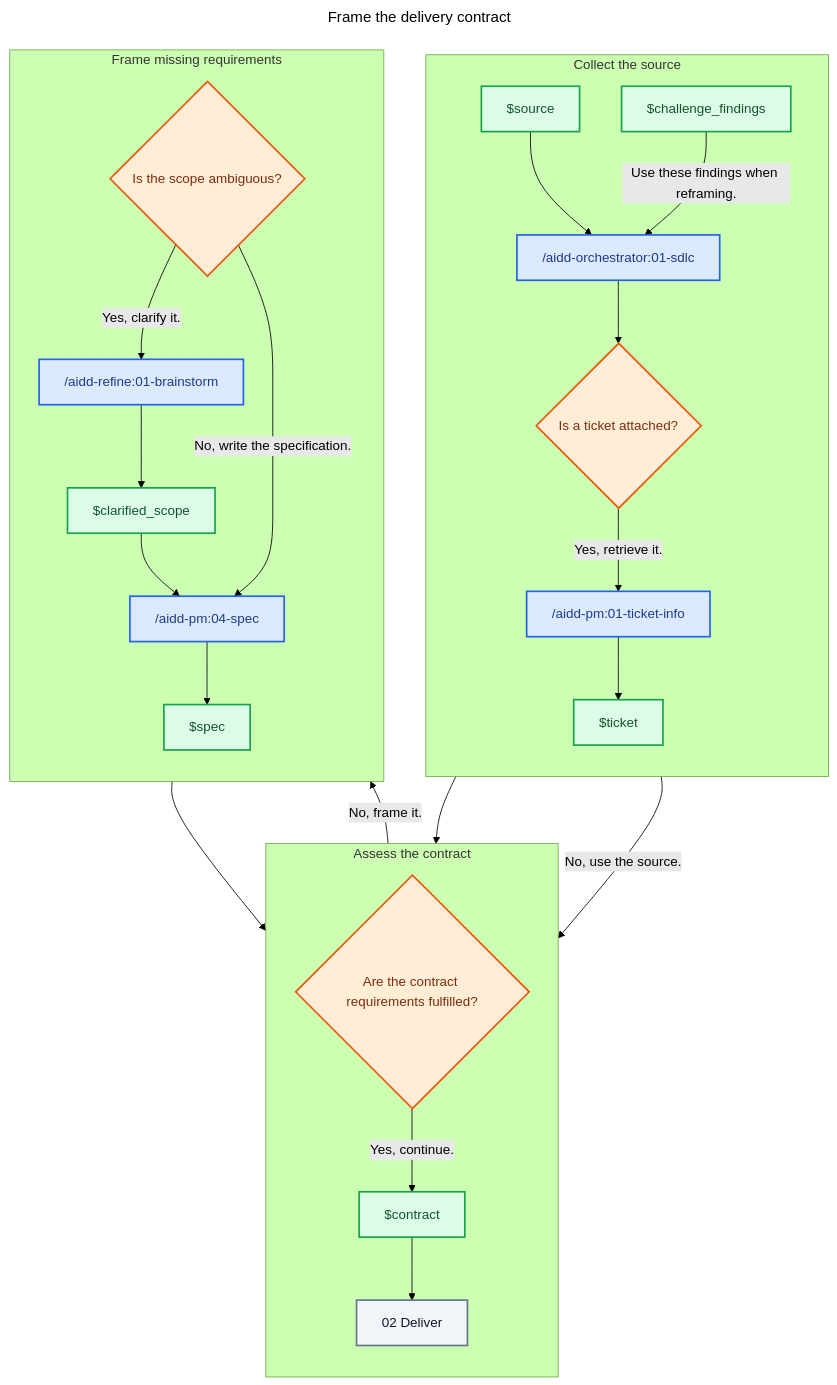
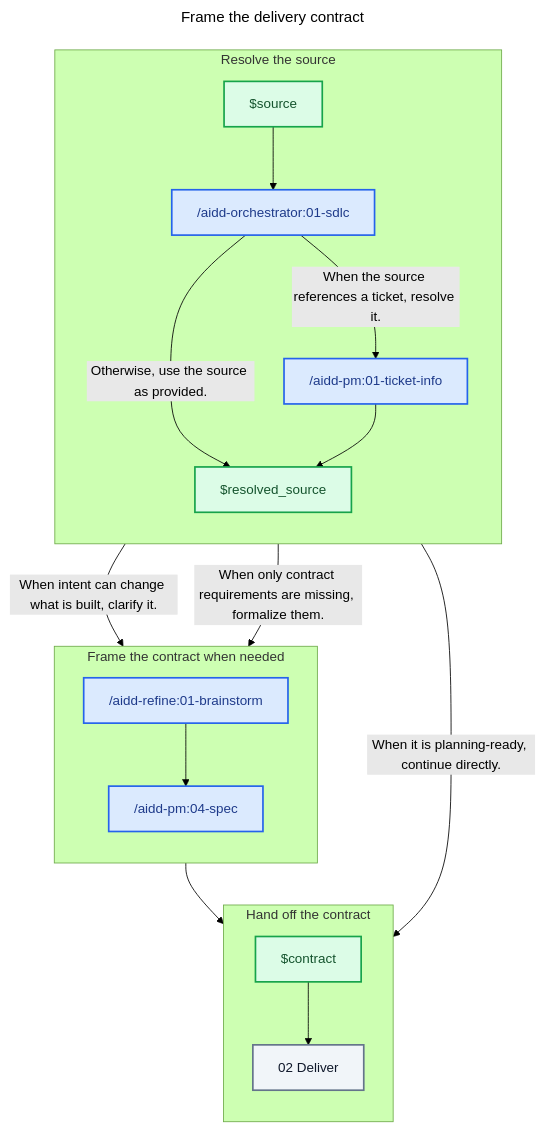
The diagram in plugins/aidd-orchestrator/skills/01-sdlc/references/01-frame.md (ai-driven-dev/aidd-framework), drawn with Mermaid (forest theme) before and after one commit. The commit also changed other lines of this file and 7 other files, not shown here.

````diff
--- a/plugins/aidd-orchestrator/skills/01-sdlc/references/01-frame.md
+++ b/plugins/aidd-orchestrator/skills/01-sdlc/references/01-frame.md
@@ -7,58 +7,44 @@
 ```mermaid
 ---
 title: Frame the delivery contract
 ---
 flowchart TD
-  subgraph CollectStage["Collect the source"]
+  subgraph SourceStage["Resolve the source"]
     direction TB
     Source["$source"]
-    ChallengeFindings["$challenge_findings"]
     Sdlc["/aidd-orchestrator:01-sdlc"]
-    TicketDecision{"Is a ticket attached?"}
     Ticket["/aidd-pm:01-ticket-info"]
-    TicketArtifact["$ticket"]
+    ResolvedSource["$resolved_source"]
   end
 
-  subgraph AssessStage["Assess the contract"]
+  subgraph FrameStage["Frame the contract when needed"]
     direction TB
-    ContractDecision{"Are the contract requirements fulfilled?"}
+    Brainstorm["/aidd-refine:01-brainstorm"]
+    Spec["/aidd-pm:04-spec"]
+  end
+
+  subgraph HandoffStage["Hand off the contract"]
+    direction TB
     Contract["$contract"]
     Deliver["02 Deliver"]
   end
 
-  subgraph ClarifyStage["Frame missing requirements"]
-    direction TB
-    ScopeDecision{"Is the scope ambiguous?"}
-    Brainstorm["/aidd-refine:01-brainstorm"]
-    ClarifiedScope["$clarified_scope"]
-    Spec["/aidd-pm:04-spec"]
-    SpecArtifact["$spec"]
-  end
-
   Source --> Sdlc
-  ChallengeFindings -- "Use these findings when reframing." --> Sdlc
-  Sdlc --> TicketDecision
-  TicketDecision -- "Yes, retrieve it." --> Ticket
-  Ticket --> TicketArtifact
-  TicketArtifact --> ContractDecision
-  TicketDecision -- "No, use the source." --> ContractDecision
-  ContractDecision -- "Yes, continue." --> Contract
+  Sdlc -- "When the source references a ticket, resolve it." --> Ticket
+  Sdlc -- "Otherwise, use the source as provided." --> ResolvedSource
+  Ticket --> ResolvedSource
+  ResolvedSource -- "When it is planning-ready, continue directly." --> Contract
+  ResolvedSource -- "When intent can change what is built, clarify it." --> Brainstorm
+  ResolvedSource -- "When only contract requirements are missing, formalize them." --> Spec
+  Brainstorm --> Spec
+  Spec --> Contract
   Contract --> Deliver
-  ContractDecision -- "No, frame it." --> ScopeDecision
-  ScopeDecision -- "Yes, clarify it." --> Brainstorm
-  Brainstorm --> ClarifiedScope
-  ClarifiedScope --> Spec
-  ScopeDecision -- "No, write the specification." --> Spec
-  Spec --> SpecArtifact
-  SpecArtifact --> Deliver
 
   classDef skill fill:#DBEAFE,stroke:#2563EB,color:#1E3A8A,stroke-width:2px
   classDef artifact fill:#DCFCE7,stroke:#16A34A,color:#14532D,stroke-width:2px
-  classDef decision fill:#FFEDD5,stroke:#EA580C,color:#7C2D12,stroke-width:2px
   classDef zone fill:#F1F5F9,stroke:#64748B,color:#0F172A,stroke-width:2px
 
   class Sdlc,Ticket,Brainstorm,Spec skill
-  class Source,ChallengeFindings,TicketArtifact,Contract,ClarifiedScope,SpecArtifact artifact
-  class TicketDecision,ContractDecision,ScopeDecision decision
+  class Source,ResolvedSource,Contract artifact
   class Deliver zone
 ```
````
